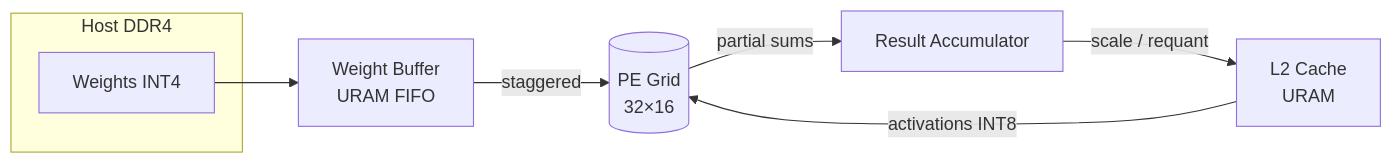
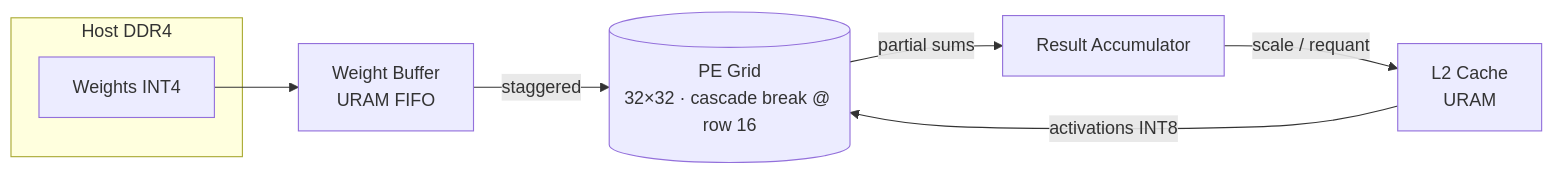
One commit to hwkim-dev/uCA changed the diagram in ko/docs/v002/Architecture/gemm_core.rst. Above: the diagram before and after it, drawn with Mermaid. The commit also changed other lines of this file and 10 other files, not shown here.

```diff
--- a/ko/docs/v002/Architecture/gemm_core.rst
+++ b/ko/docs/v002/Architecture/gemm_core.rst
@@ -87,11 +88,11 @@
 .. mermaid::
 
    flowchart LR
      subgraph Host[Host DDR4]
        W[Weights INT4]
      end
-     WB[Weight Buffer<br/>URAM FIFO] -->|staggered| PE[(PE Grid<br/>32×16)]
+     WB[Weight Buffer<br/>URAM FIFO] -->|staggered| PE[(PE Grid<br/>32×32 · cascade break @ row 16)]
      L2[L2 Cache<br/>URAM] -->|activations INT8| PE
      PE -->|partial sums| RA[Result Accumulator]
      RA -->|scale / requant| L2
      W --> WB
```
